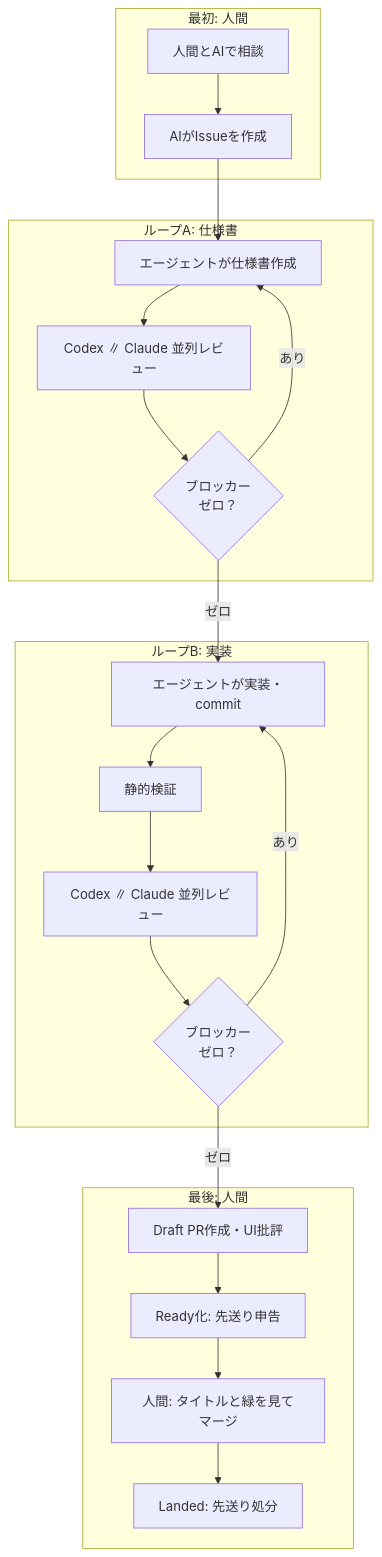
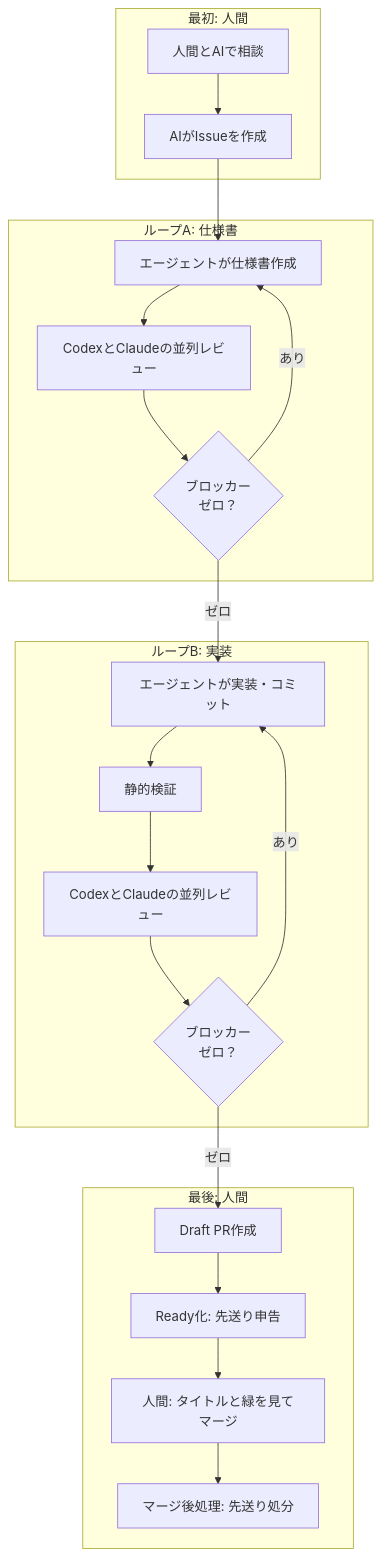
Before and after one commit to coji/zenn-content: the diagram in articles/solo-software-factory-without-reading-code.md, drawn with Mermaid. The commit also changed other lines of this file, not shown here.

````diff
--- a/articles/solo-software-factory-without-reading-code.md
+++ b/articles/solo-software-factory-without-reading-code.md
@@ -47,28 +55,28 @@
 ```mermaid
 flowchart TD
     subgraph S1 [最初: 人間]
       H1[人間とAIで相談] --> I[AIがIssueを作成]
     end
 
     subgraph S2 [ループA: 仕様書]
       I --> SP[エージェントが仕様書作成]
-      SP --> R1[Codex ∥ Claude 並列レビュー]
+      SP --> R1[CodexとClaudeの並列レビュー]
       R1 --> G1{ブロッカー<br/>ゼロ？}
       G1 -- あり --> SP
     end
 
     subgraph S3 [ループB: 実装]
-      G1 -- ゼロ --> IM[エージェントが実装・commit]
+      G1 -- ゼロ --> IM[エージェントが実装・コミット]
       IM --> V[静的検証]
-      V --> R2[Codex ∥ Claude 並列レビュー]
+      V --> R2[CodexとClaudeの並列レビュー]
       R2 --> G2{ブロッカー<br/>ゼロ？}
       G2 -- あり --> IM
     end
 
     subgraph S4 [最後: 人間]
-      G2 -- ゼロ --> PR[Draft PR作成・UI批評]
+      G2 -- ゼロ --> PR[Draft PR作成]
       PR --> RD[Ready化: 先送り申告]
       RD --> H2[人間: タイトルと緑を見てマージ]
-      H2 --> L[Landed: 先送り処分]
+      H2 --> L[マージ後処理: 先送り処分]
     end
 ```
````
